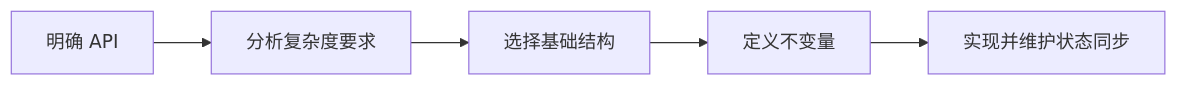
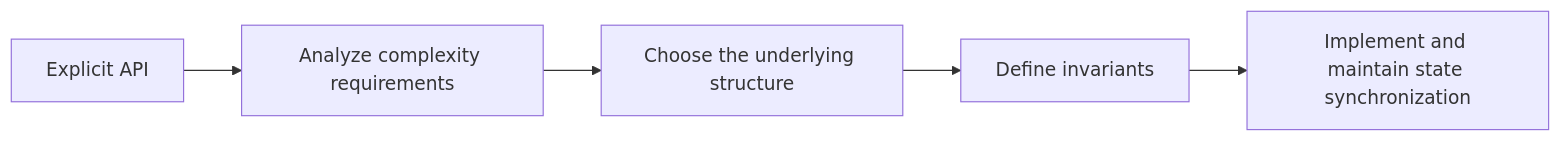
Before and after one commit to HONGLEI111/hhlblog-global: the second of 2 diagrams in src/content/technology/design.md, drawn with Mermaid. The commit also changed other lines of this file and 33 other files, not shown here.

First line of the commit message:
content(code): 翻译 mermaid 图节点标签（34 文件 / 267 处）

````diff
--- a/src/content/technology/design.md
+++ b/src/content/technology/design.md
@@ -315,7 +315,7 @@
 ```mermaid
 graph LR
-    A[明确 API] --> B[分析复杂度要求]
-    B --> C[选择基础结构]
-    C --> D[定义不变量]
-    D --> E[实现并维护状态同步]
+    A[Explicit API] --> B[Analyze complexity requirements]
+    B --> C[Choose the underlying structure]
+    C --> D[Define invariants]
+    D --> E[Implement and maintain state synchronization]
 ```
````
